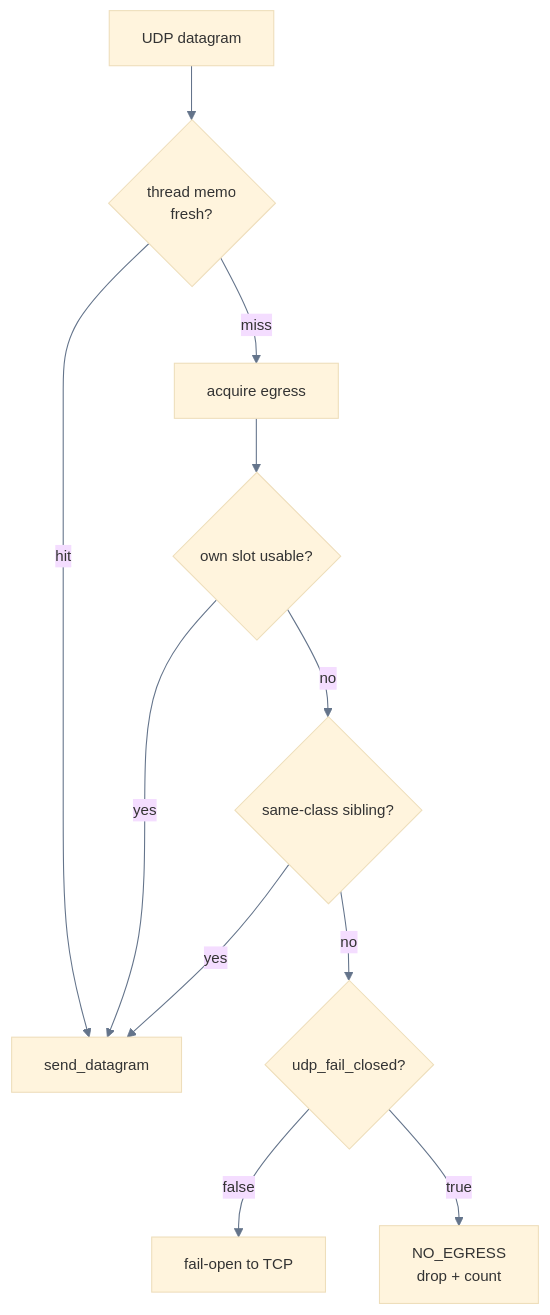
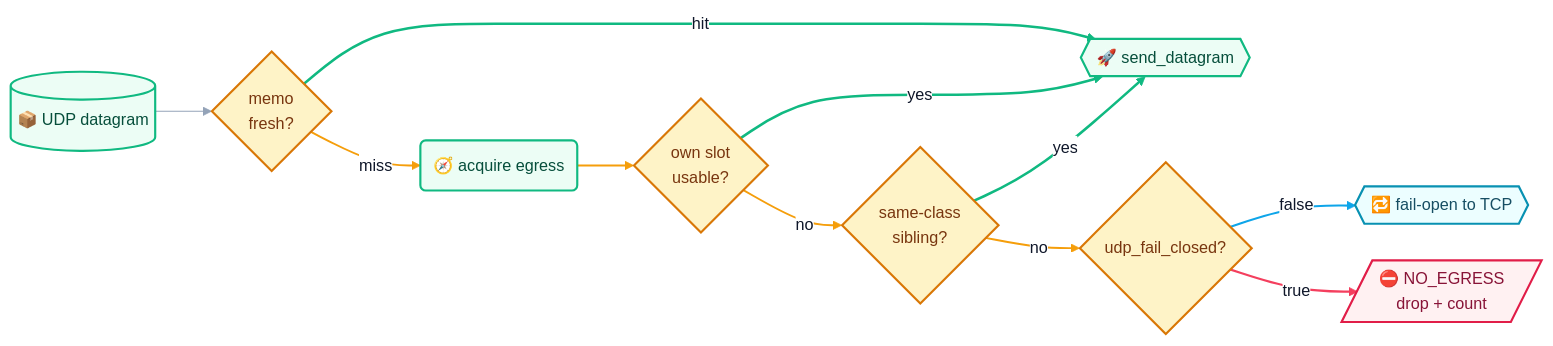
Before and after one commit to Terutoki/MyQUIC2: the eighth of 25 diagrams in README.md, drawn with Mermaid. The commit also changed other lines of this file, not shown here.

First line of the commit message:
docs(readme): redraw the Mermaid atlas with a polished visual system

````diff
--- a/README.md
+++ b/README.md
@@ -510,14 +535,31 @@
 ```mermaid
-%%{init: {"theme":"base","themeVariables":{"fontSize":"14px","lineColor":"#64748b"}}}%%
-flowchart TB
-D["UDP datagram"] --> M{"thread memo<br/>fresh?"}
-    M -->|"hit"| SEND["send_datagram"]
-    M -->|"miss"| A["acquire egress"]
-    A --> O{"own slot usable?"}
+%%{init: {"theme":"base","themeVariables":{"fontSize":"15px","primaryColor":"#eef2ff","primaryTextColor":"#0f172a","primaryBorderColor":"#6366f1","lineColor":"#94a3b8","secondaryColor":"#ecfeff","tertiaryColor":"#fff7ed","edgeLabelBackground":"#ffffff","clusterBkg":"#f8fafc","clusterBorder":"#e2e8f0","mainBkg":"#ffffff","noteBkgColor":"#eff6ff","noteBorderColor":"#93c5fd","noteTextColor":"#1e3a8a"},"flowchart":{"curve":"basis","nodeSpacing":34,"rankSpacing":52,"padding":12,"htmlLabels":true}} }%%
+flowchart LR
+D[("📦 UDP datagram")] --> M{"memo<br/>fresh?"}
+    M -->|"hit"| SEND{{"🚀 send_datagram"}}
+    M -->|"miss"| A("🧭 acquire egress")
+    A --> O{"own slot<br/>usable?"}
     O -->|"yes"| SEND
-    O -->|"no"| S{"same-class sibling?"}
+    O -->|"no"| S{"same-class<br/>sibling?"}
     S -->|"yes"| SEND
     S -->|"no"| F{"udp_fail_closed?"}
-    F -->|"false"| TCP["fail-open to TCP"]
-    F -->|"true"| DROP["NO_EGRESS<br/>drop + count"]
+    F -->|"false"| TCP{{"🔁 fail-open to TCP"}}
+    F -->|"true"| DROP[/"⛔ NO_EGRESS<br/>drop + count"/]
+    class D,A,SEND clientC
+    class M,O,S,F decisionC
+    class TCP wireC
+    class DROP dangerC
+    linkStyle 1,4,6 stroke:#10b981,stroke-width:2.4px
+    linkStyle 2,3,5,7 stroke:#f59e0b,stroke-width:1.8px
+    linkStyle 8 stroke:#0ea5e9,stroke-width:2px
+    linkStyle 9 stroke:#f43f5e,stroke-width:2px
+
+    classDef clientC fill:#ecfdf5,stroke:#10b981,stroke-width:2px,color:#064e3b
+    classDef coreC fill:#eef2ff,stroke:#6366f1,stroke-width:2px,color:#1e1b4b
+    classDef wireC fill:#ecfeff,stroke:#0891b2,stroke-width:2px,color:#164e63
+    classDef warmC fill:#fff7ed,stroke:#f97316,stroke-width:2px,color:#7c2d12
+    classDef dangerC fill:#fff1f2,stroke:#e11d48,stroke-width:2px,color:#881337
+    classDef muteC fill:#f8fafc,stroke:#cbd5e1,color:#475569
+    classDef noteC fill:#f5f3ff,stroke:#8b5cf6,stroke-width:1.5px,color:#4c1d95
+    classDef decisionC fill:#fef3c7,stroke:#d97706,stroke-width:2px,color:#78350f
 ```
````
